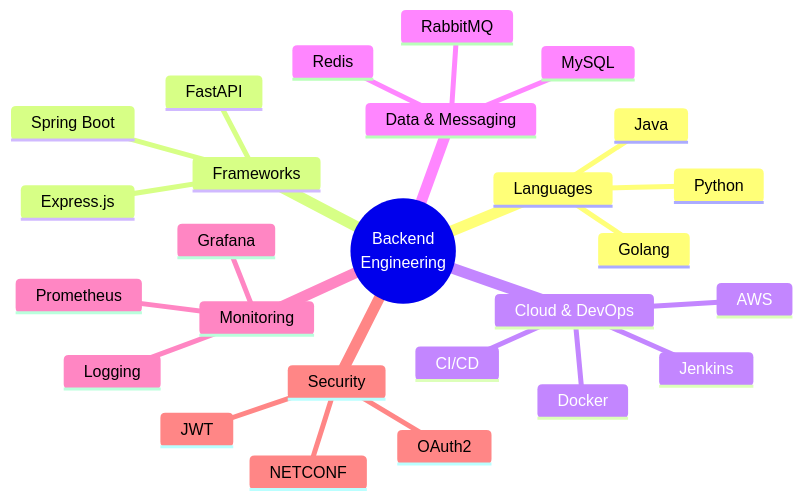
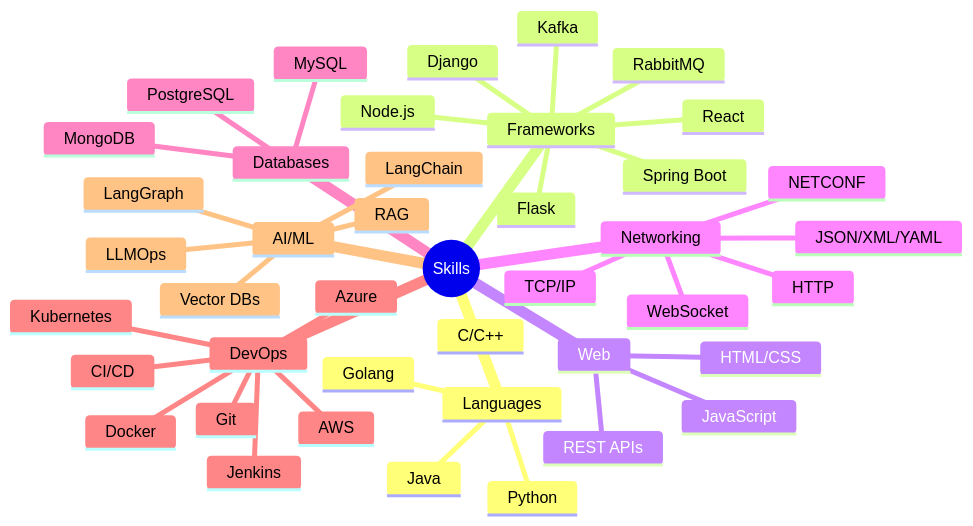
One commit to akshay1389/akshay1389 changed the second of 2 diagrams in README.md. Above: the diagram before and after it, drawn with Mermaid. The commit also changed other lines of this file, not shown here.

Commit message:
Update skills section with comprehensive tech stack

````diff
--- a/README.md
+++ b/README.md
@@ -79,30 +79,45 @@
 ```mermaid
 mindmap
-  root((Backend
-    Engineering))
+  root((Skills))
     Languages
+      Python
+      C/C++
+      Java
       Golang
-      Java
-      Python
     Frameworks
       Spring Boot
-      FastAPI
-      Express.js
-    Cloud & DevOps
+      Django
+      Flask
+      Node.js
+      React
+      Kafka
+      RabbitMQ
+    Web
+      HTML/CSS
+      JavaScript
+      REST APIs
+    Networking
+      TCP/IP
+      HTTP
+      WebSocket
+      NETCONF
+      JSON/XML/YAML
+    Databases
+      MySQL
+      PostgreSQL
+      MongoDB
+    DevOps
+      Git
+      Docker
+      Kubernetes
+      Jenkins
       AWS
-      Docker
-      Jenkins
+      Azure
       CI/CD
-    Data & Messaging
-      MySQL
-      Redis
-      RabbitMQ
-    Monitoring
-      Prometheus
-      Grafana
-      Logging
-    Security
-      JWT
-      OAuth2
-      NETCONF
+    AI/ML
+      LangChain
+      LangGraph
+      RAG
+      LLMOps
+      Vector DBs
 ```
````
